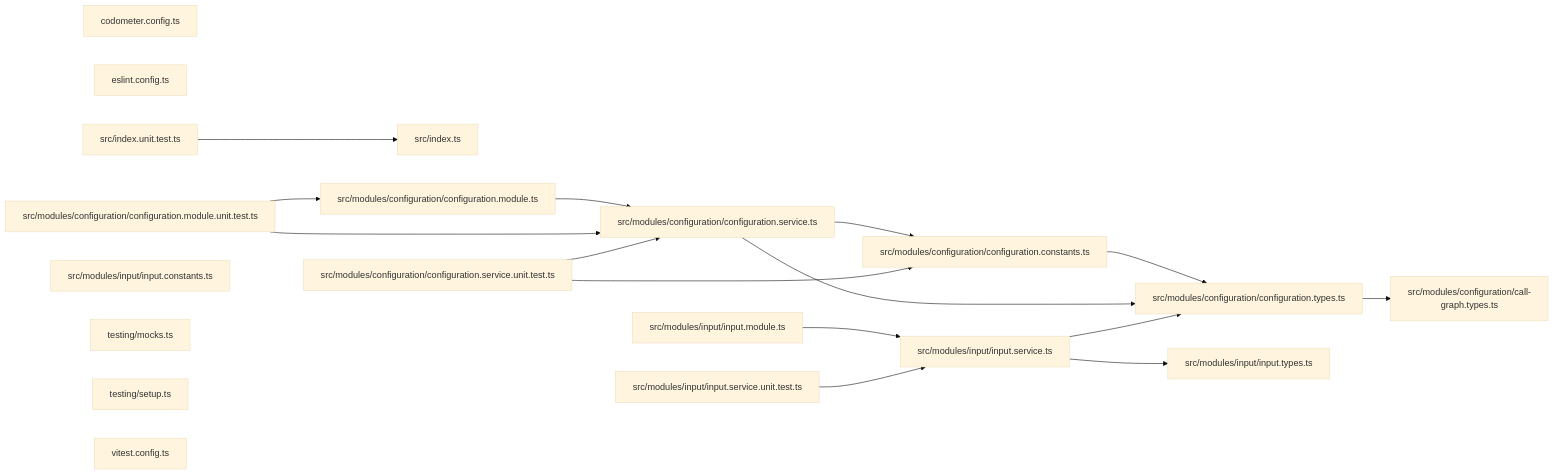
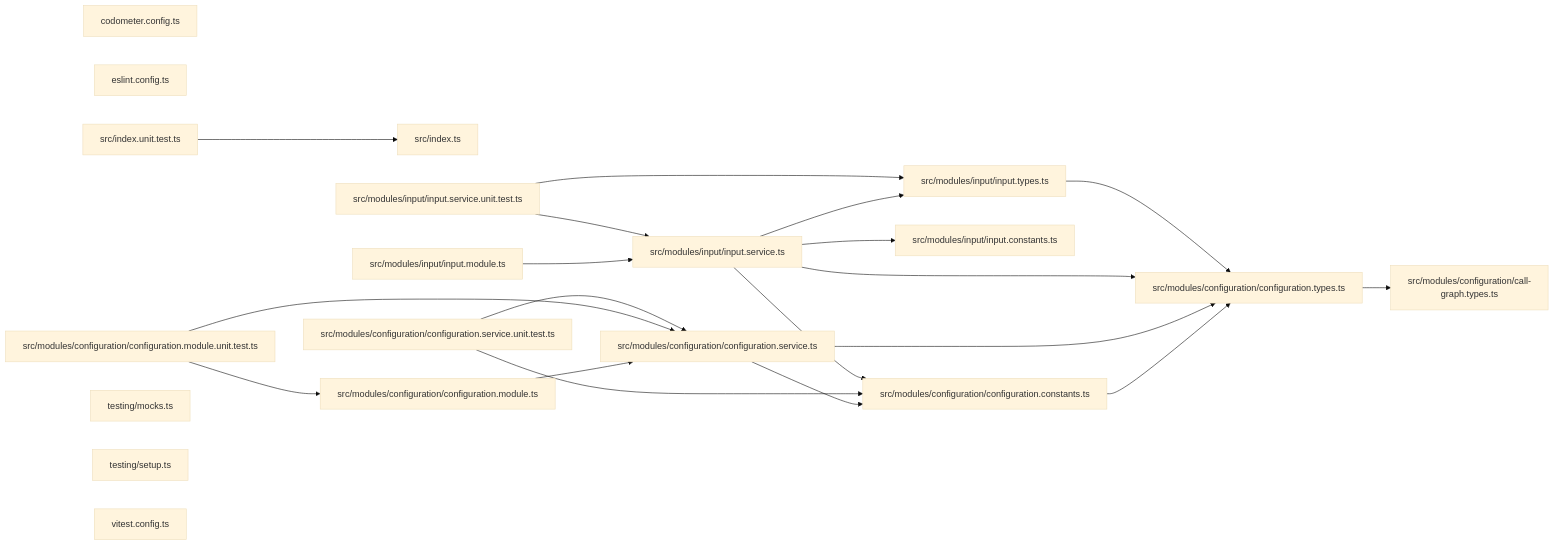
Before and after one commit to JimmyPaolini/codebase: the third of 3 diagrams in packages/callidescope-configuration/README.md, drawn with Mermaid (base theme). The commit also changed other lines of this file and 13 other files, not shown here.

````diff
--- a/packages/callidescope-configuration/README.md
+++ b/packages/callidescope-configuration/README.md
@@ -241,36 +241,40 @@
 ```mermaid
 graph LR
   file_codometer_config_ts["codometer.config.ts"]
   file_eslint_config_ts["eslint.config.ts"]
   file_src_index_ts["src/index.ts"]
   file_src_index_unit_test_ts["src/index.unit.test.ts"]
   file_src_modules_configuration_call_graph_types_ts["src/modules/configuration/call-graph.types.ts"]
   file_src_modules_configuration_configuration_constants_ts["src/modules/configuration/configuration.constants.ts"]
   file_src_modules_configuration_configuration_module_ts["src/modules/configuration/configuration.module.ts"]
   file_src_modules_configuration_configuration_module_unit_test_ts["src/modules/configuration/configuration.module.unit.test.ts"]
   file_src_modules_configuration_configuration_service_ts["src/modules/configuration/configuration.service.ts"]
   file_src_modules_configuration_configuration_service_unit_test_ts["src/modules/configuration/configuration.service.unit.test.ts"]
   file_src_modules_configuration_configuration_types_ts["src/modules/configuration/configuration.types.ts"]
   file_src_modules_input_input_constants_ts["src/modules/input/input.constants.ts"]
   file_src_modules_input_input_module_ts["src/modules/input/input.module.ts"]
   file_src_modules_input_input_service_ts["src/modules/input/input.service.ts"]
   file_src_modules_input_input_service_unit_test_ts["src/modules/input/input.service.unit.test.ts"]
   file_src_modules_input_input_types_ts["src/modules/input/input.types.ts"]
   file_testing_mocks_ts["testing/mocks.ts"]
   file_testing_setup_ts["testing/setup.ts"]
   file_vitest_config_ts["vitest.config.ts"]
   file_src_index_unit_test_ts --> file_src_index_ts
   file_src_modules_configuration_configuration_constants_ts --> file_src_modules_configuration_configuration_types_ts
   file_src_modules_configuration_configuration_module_ts --> file_src_modules_configuration_configuration_service_ts
   file_src_modules_configuration_configuration_module_unit_test_ts --> file_src_modules_configuration_configuration_module_ts
   file_src_modules_configuration_configuration_module_unit_test_ts --> file_src_modules_configuration_configuration_service_ts
   file_src_modules_configuration_configuration_service_ts --> file_src_modules_configuration_configuration_constants_ts
   file_src_modules_configuration_configuration_service_ts --> file_src_modules_configuration_configuration_types_ts
   file_src_modules_configuration_configuration_service_unit_test_ts --> file_src_modules_configuration_configuration_constants_ts
   file_src_modules_configuration_configuration_service_unit_test_ts --> file_src_modules_configuration_configuration_service_ts
   file_src_modules_configuration_configuration_types_ts --> file_src_modules_configuration_call_graph_types_ts
   file_src_modules_input_input_module_ts --> file_src_modules_input_input_service_ts
+  file_src_modules_input_input_service_ts --> file_src_modules_configuration_configuration_constants_ts
   file_src_modules_input_input_service_ts --> file_src_modules_configuration_configuration_types_ts
+  file_src_modules_input_input_service_ts --> file_src_modules_input_input_constants_ts
   file_src_modules_input_input_service_ts --> file_src_modules_input_input_types_ts
   file_src_modules_input_input_service_unit_test_ts --> file_src_modules_input_input_service_ts
+  file_src_modules_input_input_service_unit_test_ts --> file_src_modules_input_input_types_ts
+  file_src_modules_input_input_types_ts --> file_src_modules_configuration_configuration_types_ts
 ```
````
